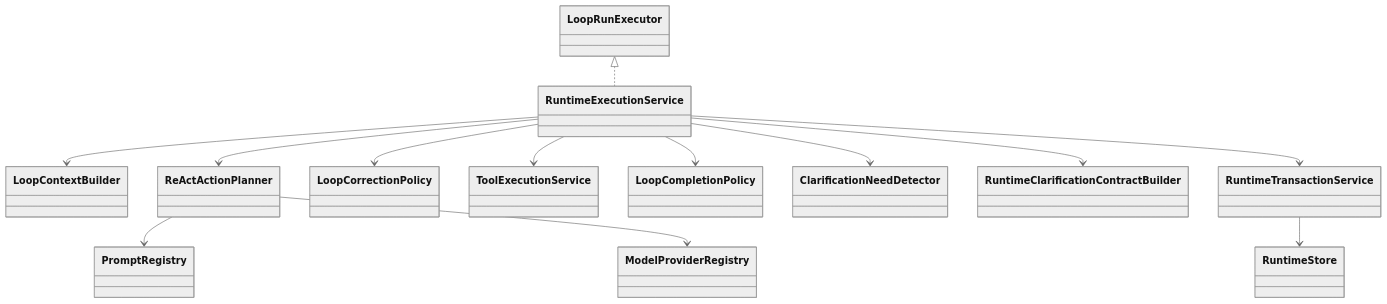
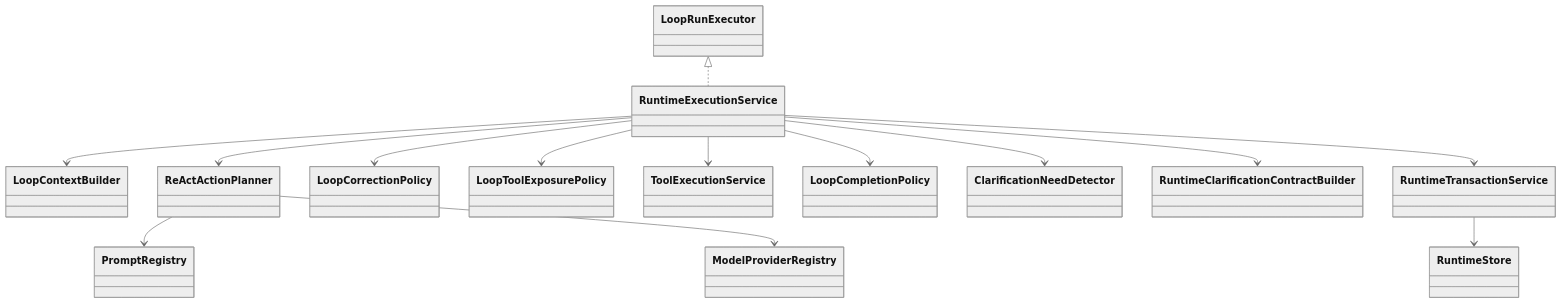
Before and after one commit to funjson/meta-agent: the diagram in backend/src/main/java/com/funjson/metaagent/loop/README.md, drawn with Mermaid (neutral theme). The commit also changed other lines of this file and 89 other files, not shown here.

````diff
--- a/backend/src/main/java/com/funjson/metaagent/loop/README.md
+++ b/backend/src/main/java/com/funjson/metaagent/loop/README.md
@@ -15,15 +15,16 @@
 ```mermaid
 classDiagram
   LoopRunExecutor <|.. RuntimeExecutionService
   RuntimeExecutionService --> LoopContextBuilder
   RuntimeExecutionService --> ReActActionPlanner
   RuntimeExecutionService --> LoopCorrectionPolicy
+  RuntimeExecutionService --> LoopToolExposurePolicy
   ReActActionPlanner --> PromptRegistry
   ReActActionPlanner --> ModelProviderRegistry
   RuntimeExecutionService --> ToolExecutionService
   RuntimeExecutionService --> LoopCompletionPolicy
   RuntimeExecutionService --> ClarificationNeedDetector
   RuntimeExecutionService --> RuntimeClarificationContractBuilder
   RuntimeExecutionService --> RuntimeTransactionService
   RuntimeTransactionService --> RuntimeStore
 ```
````
